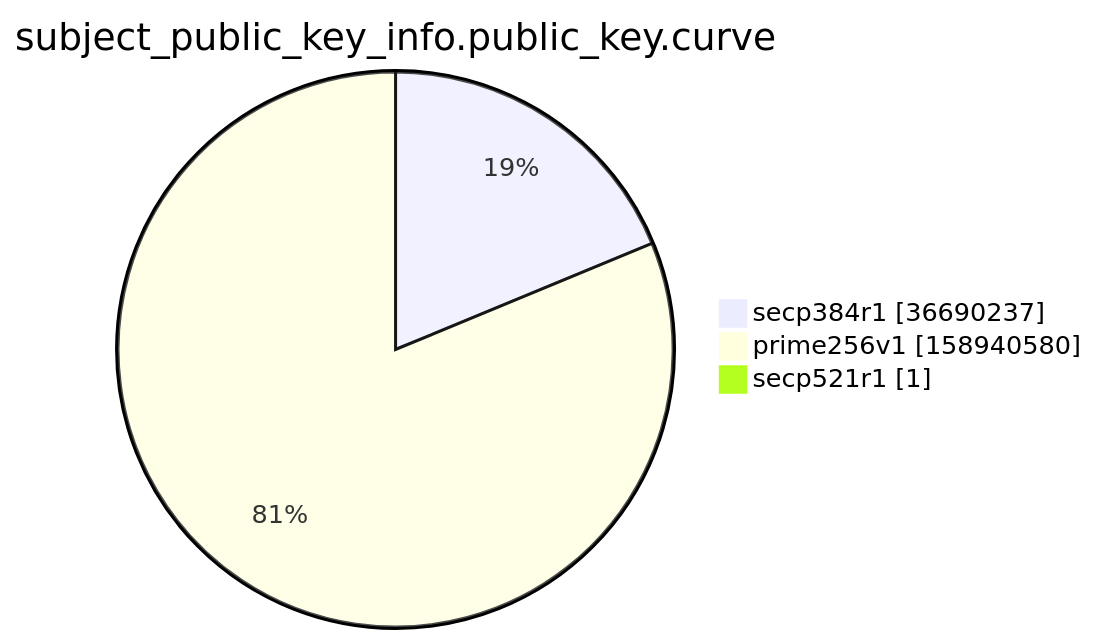
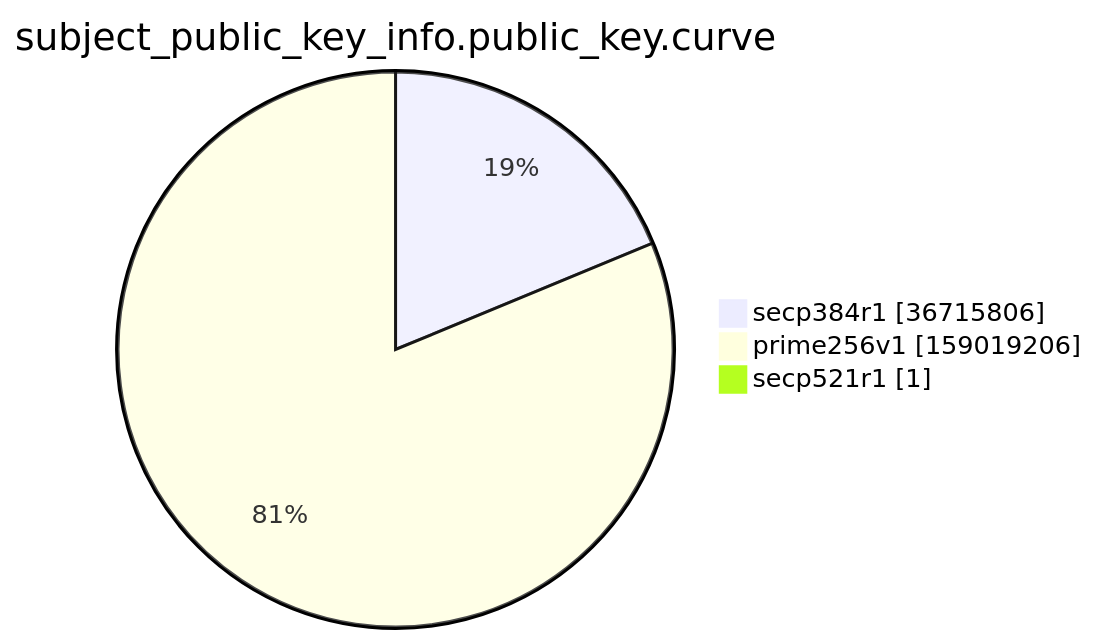
The ninth of 15 diagrams in argon2022/README.md (christiankrug/ctmonitor_visualization), drawn with Mermaid before and after one commit. The commit also changed other lines of this file, not shown here.

````diff
--- a/argon2022/README.md
+++ b/argon2022/README.md
@@ -2766,7 +2766,7 @@
 ```mermaid
 pie showData
 title subject_public_key_info.public_key.curve
-"secp384r1" :36690237
-"prime256v1" :158940580
+"secp384r1" :36715806
+"prime256v1" :159019206
 "secp521r1" :1
 ```
````
